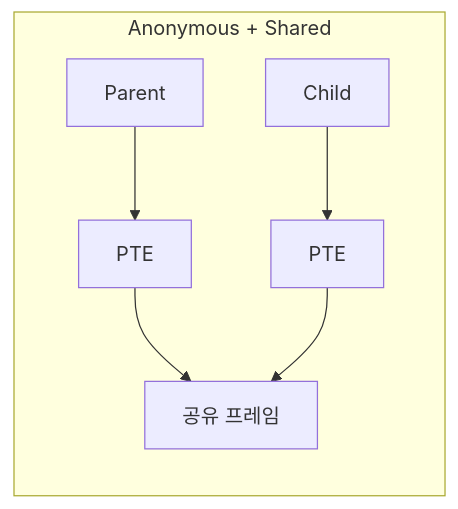
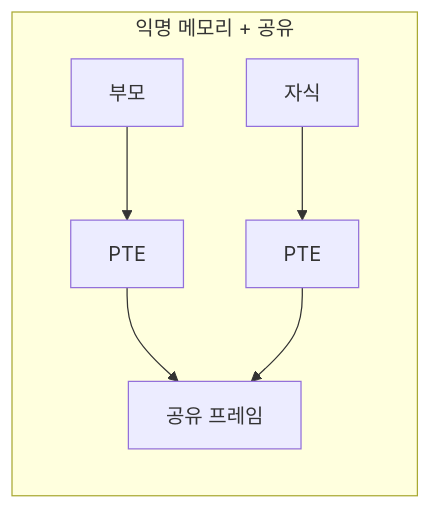
Before and after one commit to Jungle-12-303/wk07_6: the fourth of 4 diagrams in docs/blog/concepts/14-mmap-four-combinations.md, drawn with Mermaid. The commit also changed other lines of this file and 26 other files, not shown here.

First line of the commit message:
docs: 블로그 소제목·Mermaid·ASCII 박스 가독성 정비

````diff
--- a/docs/blog/concepts/14-mmap-four-combinations.md
+++ b/docs/blog/concepts/14-mmap-four-combinations.md
@@ -89,9 +89,9 @@
 ```mermaid
 flowchart LR
-    subgraph AS["Anonymous + Shared"]
-        I1[Parent] --> PT4[PTE]
-        I2[Child] --> PT5[PTE]
+    subgraph AS["익명 메모리 + 공유"]
+        I1[부모] --> PT4[PTE]
+        I2[자식] --> PT5[PTE]
         PT4 --> FR3[공유 프레임]
         PT5 --> FR3
     end
 ```
````
